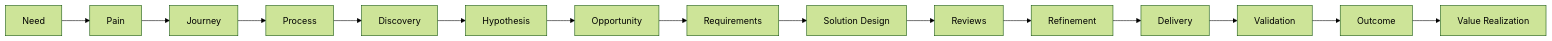
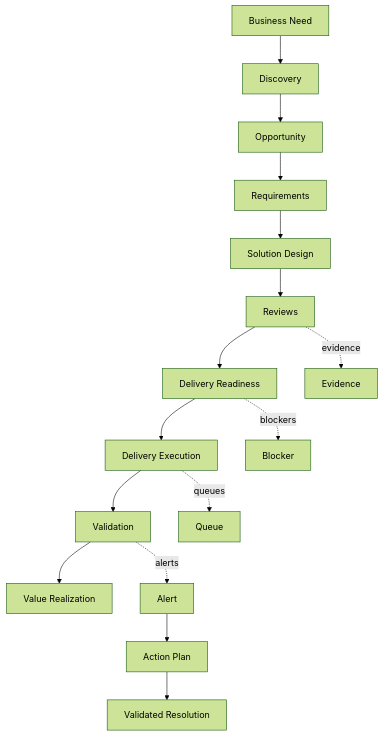
The second of 5 diagrams in docs/DISCOVERY_AND_DELIVERY_OPERATING_MODEL.md (noxthor/edip), drawn with Mermaid (forest theme) before and after one commit. The commit also changed other lines of this file, not shown here.

Commit message:
model: update value delivery operating model

````diff
--- a/docs/DISCOVERY_AND_DELIVERY_OPERATING_MODEL.md
+++ b/docs/DISCOVERY_AND_DELIVERY_OPERATING_MODEL.md
@@ -29,17 +87,19 @@
 ```mermaid
-flowchart LR
-  Need[Need] --> Pain[Pain]
-  Pain --> Journey[Journey]
-  Journey --> Process[Process]
-  Process --> Discovery[Discovery]
-  Discovery --> Hypothesis[Hypothesis]
-  Hypothesis --> Opportunity[Opportunity]
+flowchart TD
+  Need[Business Need] --> Discovery[Discovery]
+  Discovery --> Opportunity[Opportunity]
   Opportunity --> Requirements[Requirements]
-  Requirements --> SolutionDesign[Solution Design]
-  SolutionDesign --> Reviews[Reviews]
-  Reviews --> Refinement[Refinement]
-  Refinement --> Delivery[Delivery]
+  Requirements --> Solution[Solution Design]
+  Solution --> Reviews[Reviews]
+  Reviews --> Readiness[Delivery Readiness]
+  Readiness --> Delivery[Delivery Execution]
   Delivery --> Validation[Validation]
-  Validation --> Outcome[Outcome]
-  Outcome --> ValueRealization[Value Realization]
+  Validation --> Value[Value Realization]
+
+  Reviews -. evidence .-> Evidence[Evidence]
+  Readiness -. blockers .-> Blocker[Blocker]
+  Delivery -. queues .-> Queue[Queue]
+  Validation -. alerts .-> Alert[Alert]
+  Alert --> Action[Action Plan]
+  Action --> Resolution[Validated Resolution]
 ```
````
